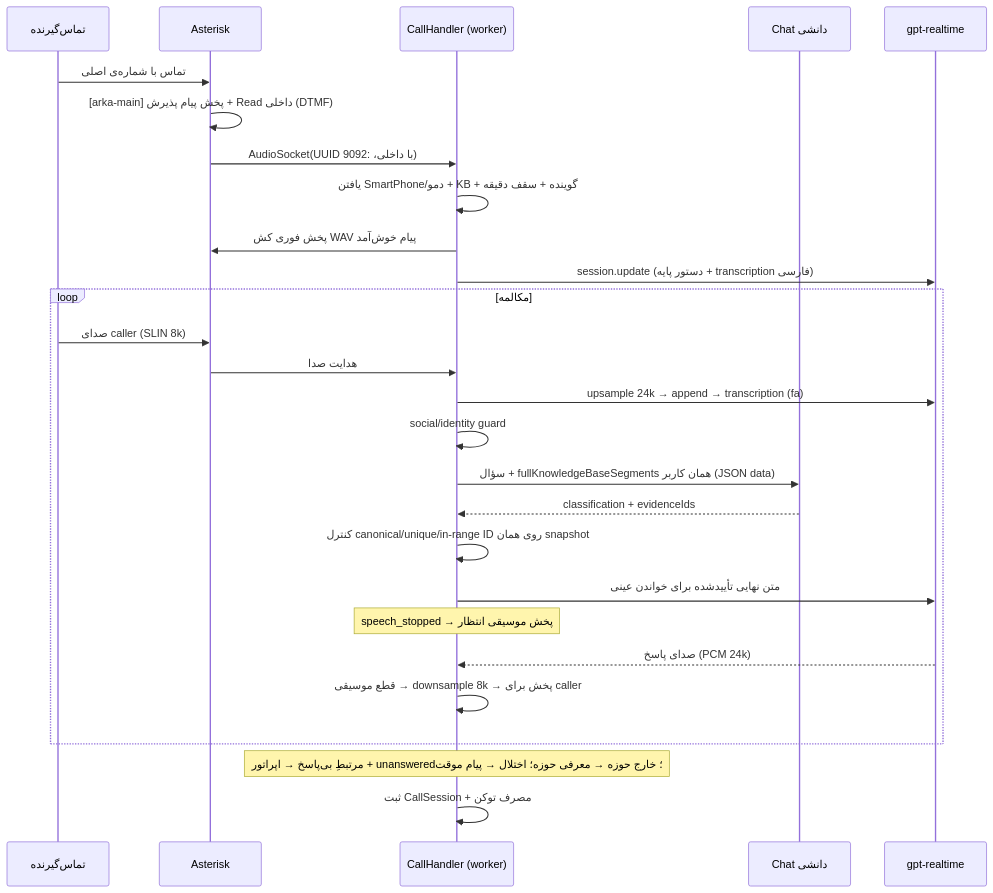
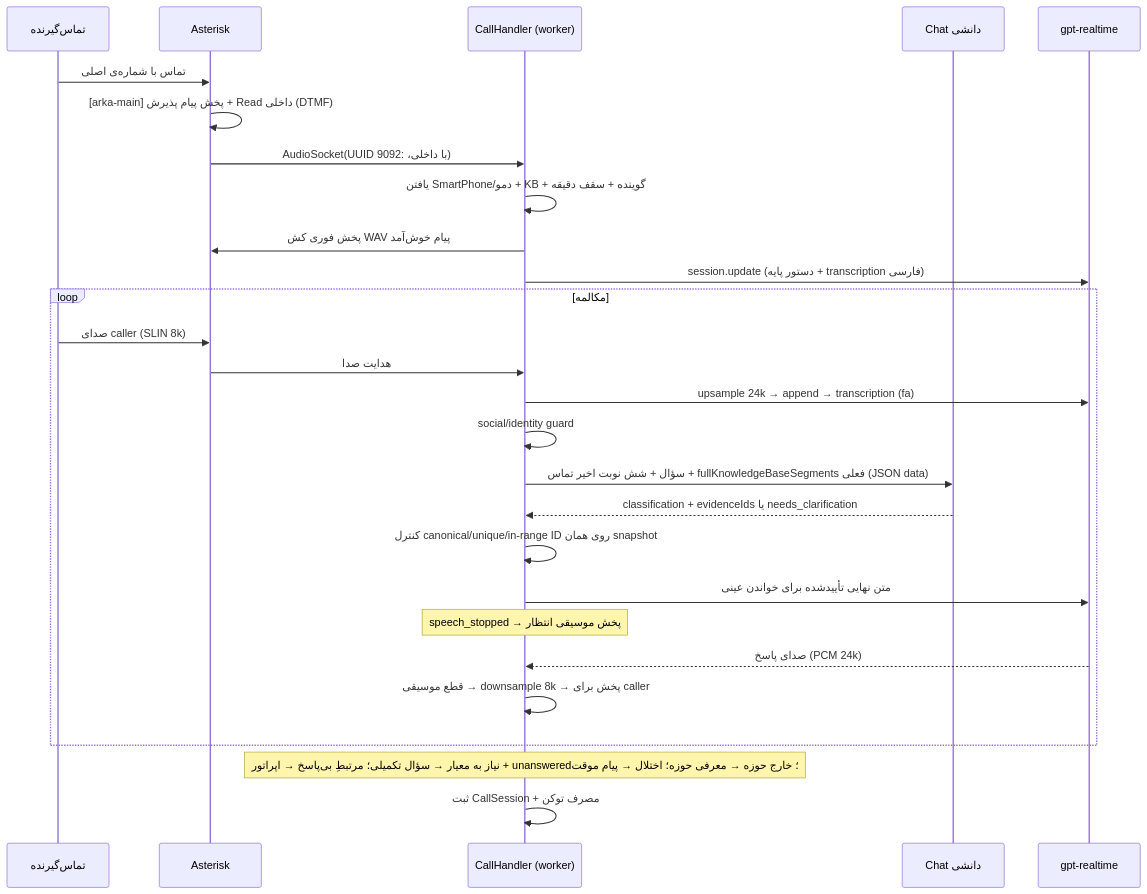
One commit to mohamadkheiry/ArkaCallCenterDemo changed the seventh of 8 diagrams in docs/ARCHITECTURE.md. Above: the diagram before and after it, drawn with Mermaid. The commit also changed other lines of this file and 5 other files, not shown here.

````diff
--- a/docs/ARCHITECTURE.md
+++ b/docs/ARCHITECTURE.md
@@ -279,29 +279,29 @@
 ```mermaid
 sequenceDiagram
     participant C as تماس‌گیرنده
     participant PBX as Asterisk
     participant W as CallHandler (worker)
     participant K as Chat دانشی
     participant O as gpt-realtime
     C->>PBX: تماس با شماره‌ی اصلی
     PBX->>PBX: [arka-main] پخش پیام پذیرش + Read داخلی (DTMF)
     PBX->>W: AudioSocket(UUID با داخلی، :9092)
     W->>W: یافتن SmartPhone/دمو + KB + گوینده + سقف دقیقه
     W->>PBX: پخش فوری کش WAV پیام خوش‌آمد
     W->>O: session.update (دستور پایه + transcription فارسی)
     loop مکالمه
       C->>PBX: صدای caller (SLIN 8k)
       PBX->>W: هدایت صدا
       W->>O: upsample 24k → append → transcription (fa)
       W->>W: social/identity guard
-      W->>K: سؤال + fullKnowledgeBaseSegments همان کاربر (JSON data)
-      K-->>W: classification + evidenceIds
+      W->>K: سؤال + شش نوبت اخیر تماس + fullKnowledgeBaseSegments فعلی (JSON data)
+      K-->>W: classification + evidenceIds یا needs_clarification
       W->>W: کنترل canonical/unique/in-range ID روی همان snapshot
       W->>O: متن نهایی تأییدشده برای خواندن عینی
       Note over W: speech_stopped → پخش موسیقی انتظار
       O-->>W: صدای پاسخ (PCM 24k)
       W->>W: قطع موسیقی → downsample 8k → پخش برای caller
     end
-    Note over W: مرتبطِ بی‌پاسخ → اپراتور + unanswered؛ خارج حوزه → معرفی حوزه؛ اختلال → پیام موقت
+    Note over W: نیاز به معیار → سؤال تکمیلی؛ مرتبطِ بی‌پاسخ → اپراتور + unanswered؛ خارج حوزه → معرفی حوزه؛ اختلال → پیام موقت
     W->>W: ثبت CallSession + مصرف توکن
 ```
````
